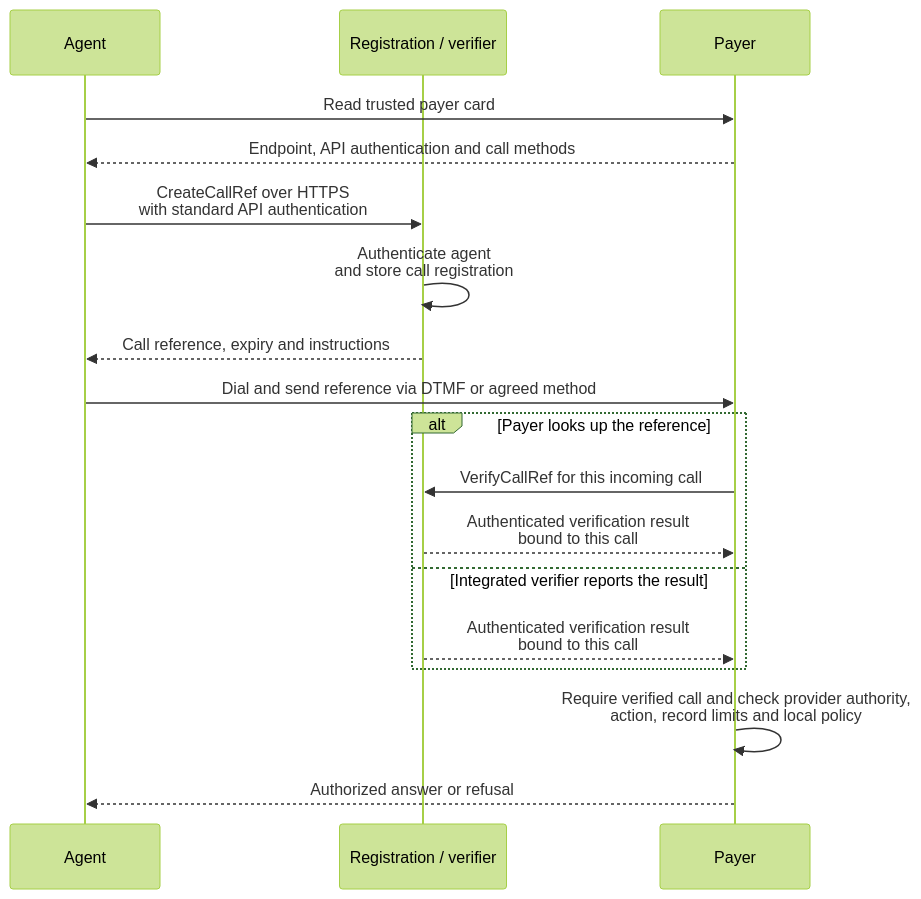
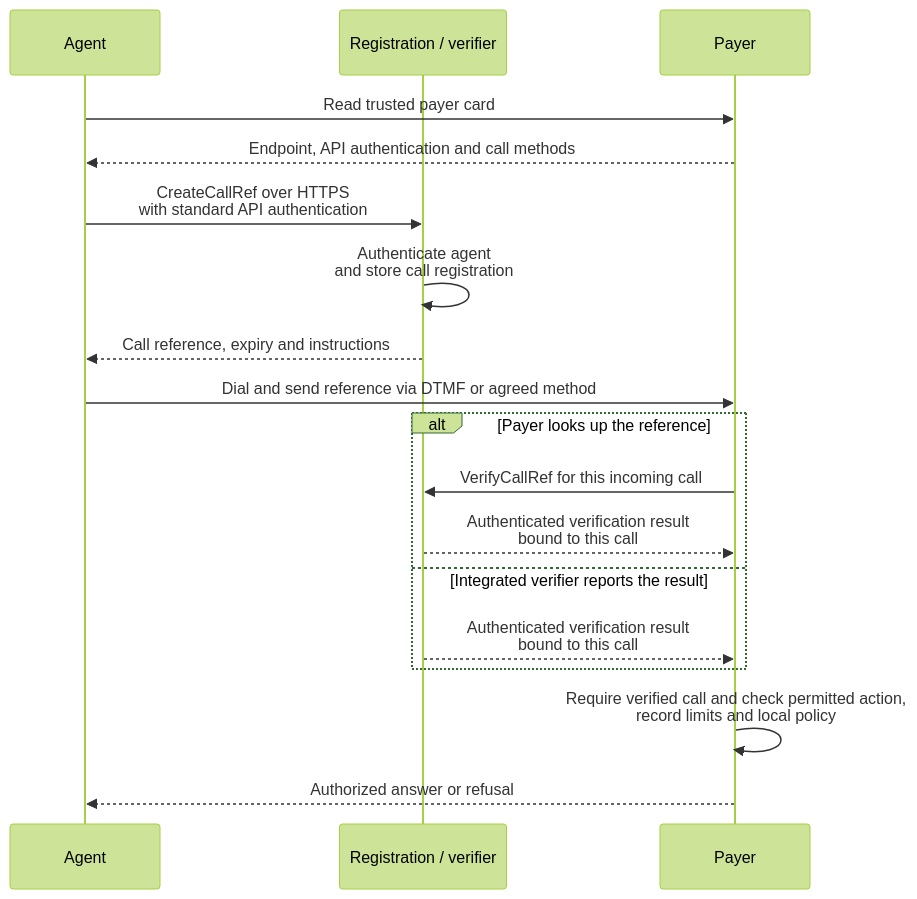
The diagram in spec/identity/hap-1.md (Healthcare-Agent-Protocol/healthcare-agent-protocol), drawn with Mermaid (forest theme) before and after one commit. The commit also changed other lines of this file and 4 other files, not shown here.

````diff
--- a/spec/identity/hap-1.md
+++ b/spec/identity/hap-1.md
@@ -33,23 +33,23 @@
 ```mermaid
 sequenceDiagram
     participant A as Agent
     participant V as Registration / verifier
     participant P as Payer
 
     A->>P: Read trusted payer card
     P-->>A: Endpoint, API authentication and call methods
     A->>V: CreateCallRef over HTTPS<br/>with standard API authentication
     V->>V: Authenticate agent<br/>and store call registration
     V-->>A: Call reference, expiry and instructions
     A->>P: Dial and send reference via DTMF or agreed method
 
     alt Payer looks up the reference
         P->>V: VerifyCallRef for this incoming call
         V-->>P: Authenticated verification result<br/>bound to this call
     else Integrated verifier reports the result
         V-->>P: Authenticated verification result<br/>bound to this call
     end
 
-    P->>P: Require verified call and check provider authority,<br/>action, record limits and local policy
+    P->>P: Require verified call and check permitted action,<br/>record limits and local policy
     P-->>A: Authorized answer or refusal
 ```
````
